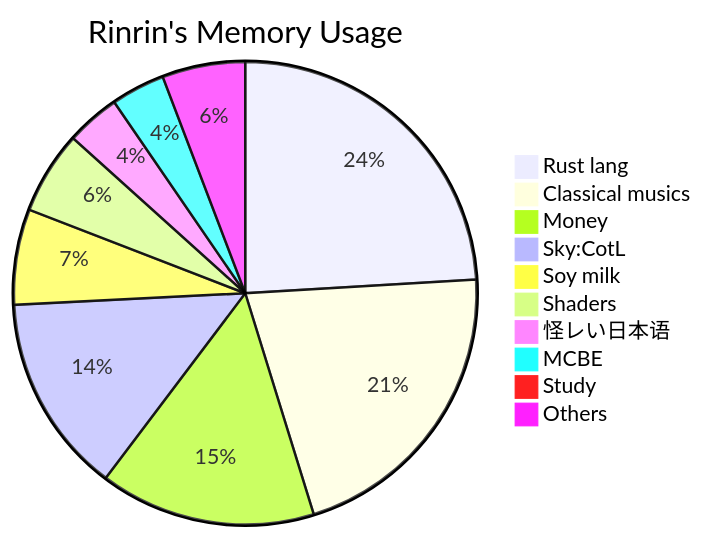
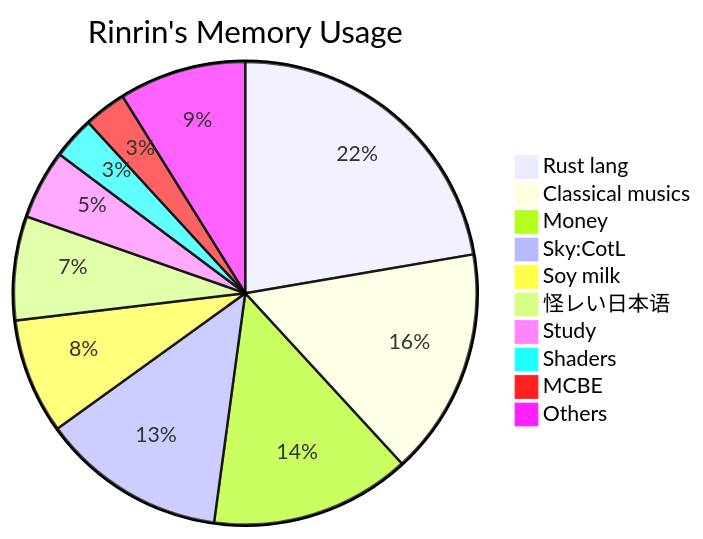
Before and after one commit to Rinrin0413/Rinrin0413: the diagram in README.md, drawn with Mermaid. The commit also changed other lines of this file, not shown here.

````diff
--- a/README.md
+++ b/README.md
@@ -57,13 +70,13 @@
 ```mermaid
 pie title Rinrin's Memory Usage
     "Rust lang": 83
-    "Classical musics": 73
+    "Classical musics": 59
     "Money": 52
     "Sky:CotL": 48
-    "Soy milk": 23
-    "Shaders": 20
-    "怪レい日本语": 13
-    "MCBE": 13
-    "Study": 2
-    "Others": 20
+    "Soy milk": 30
+    "怪レい日本语": 27
+    "Study": 18
+    "Shaders": 11
+    "MCBE": 11
+    "Others": 33
 ```
````
